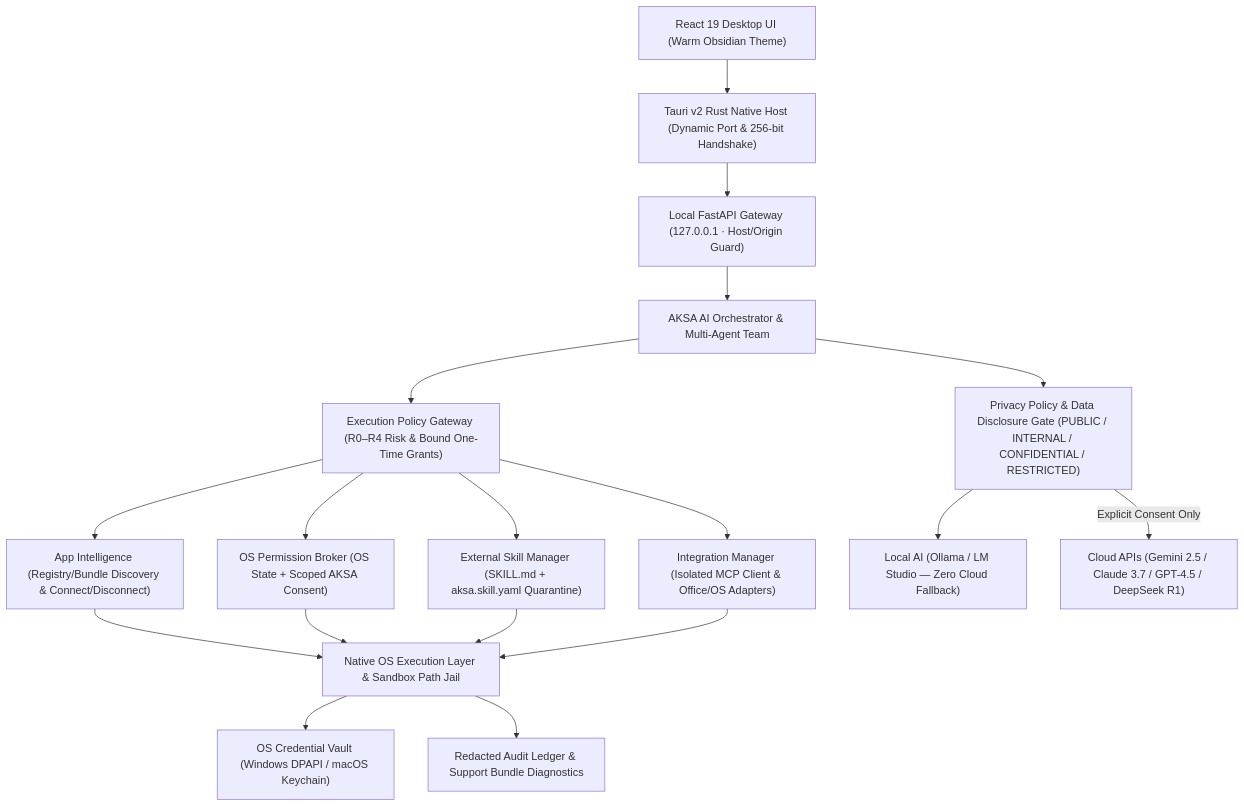
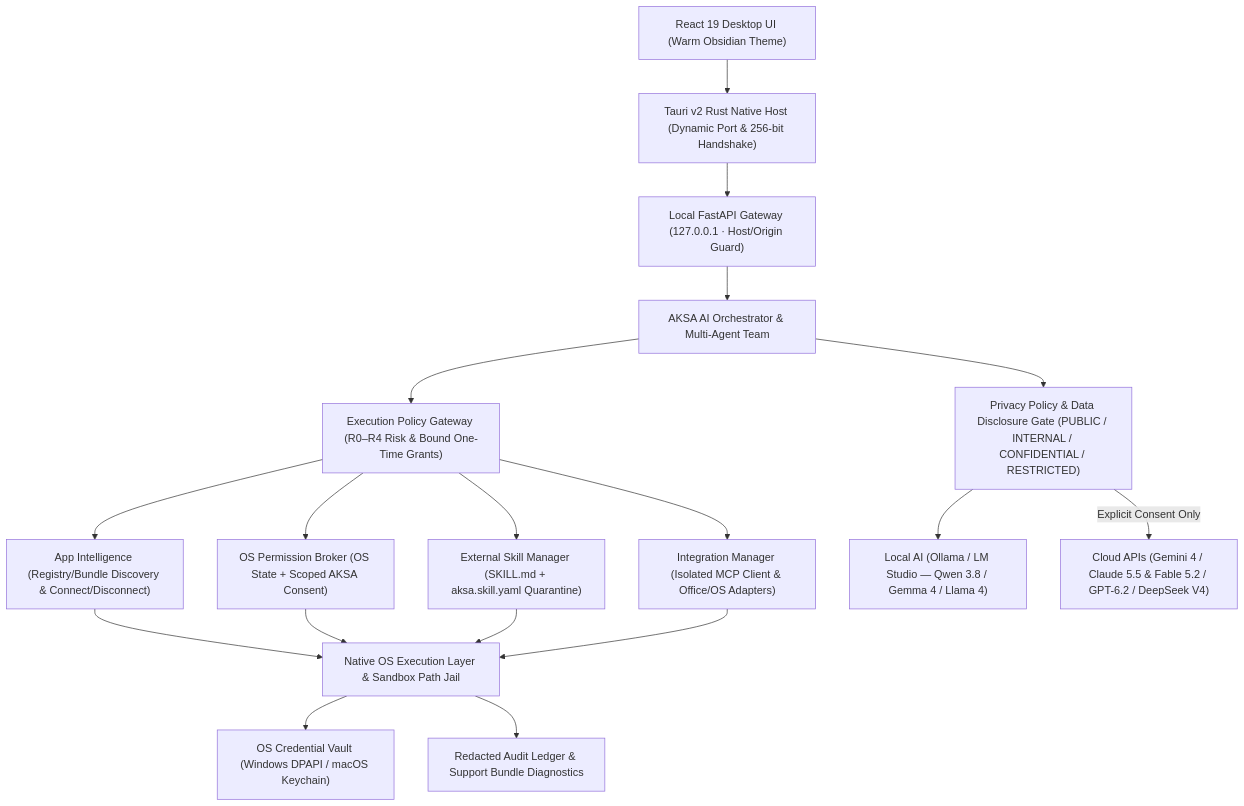
Before and after one commit to yogijowo/aksa: the diagram in README.md, drawn with Mermaid. The commit also changed other lines of this file and 8 other files, not shown here.

````diff
--- a/README.md
+++ b/README.md
@@ -109,21 +111,21 @@
 ```mermaid
 flowchart TD
     UI["React 19 Desktop UI (Warm Obsidian Theme)"] --> TH["Tauri v2 Rust Native Host (Dynamic Port & 256-bit Handshake)"]
     TH --> API["Local FastAPI Gateway (127.0.0.1 · Host/Origin Guard)"]
     API --> ORCH["AKSA AI Orchestrator & Multi-Agent Team"]
 
     ORCH --> PG["Execution Policy Gateway (R0–R4 Risk & Bound One-Time Grants)"]
     ORCH --> PRIV["Privacy Policy & Data Disclosure Gate (PUBLIC / INTERNAL / CONFIDENTIAL / RESTRICTED)"]
 
     PG --> APP["App Intelligence (Registry/Bundle Discovery & Connect/Disconnect)"]
     PG --> PERM["OS Permission Broker (OS State + Scoped AKSA Consent)"]
     PG --> SKILL["External Skill Manager (SKILL.md + aksa.skill.yaml Quarantine)"]
     PG --> MCP["Integration Manager (Isolated MCP Client & Office/OS Adapters)"]
 
-    PRIV --> LOCAL["Local AI (Ollama / LM Studio — Zero Cloud Fallback)"]
-    PRIV -->|Explicit Consent Only| CLOUD["Cloud APIs (Gemini 2.5 / Claude 3.7 / GPT-4.5 / DeepSeek R1)"]
+    PRIV --> LOCAL["Local AI (Ollama / LM Studio — Qwen 3.8 / Gemma 4 / Llama 4)"]
+    PRIV -->|Explicit Consent Only| CLOUD["Cloud APIs (Gemini 4 / Claude 5.5 & Fable 5.2 / GPT-6.2 / DeepSeek V4)"]
 
     APP & PERM & SKILL & MCP --> EXEC["Native OS Execution Layer & Sandbox Path Jail"]
     EXEC --> VAULT["OS Credential Vault (Windows DPAPI / macOS Keychain)"]
     EXEC --> AUDIT["Redacted Audit Ledger & Support Bundle Diagnostics"]
 ```
````
